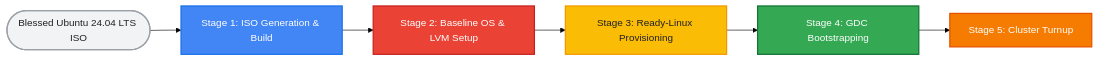
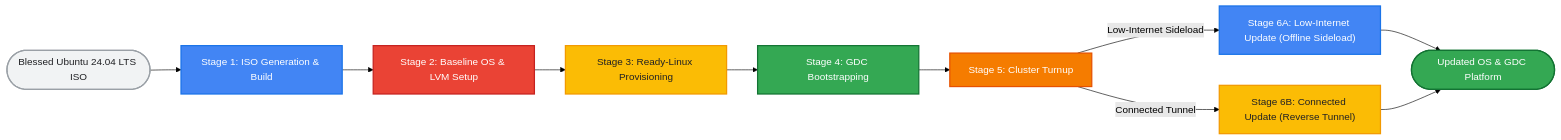
Before and after one commit to mike-ensor/gdc-disk-provisioner-gh: the diagram in README.md, drawn with Mermaid (forest theme). The commit also changed other lines of this file and 1 other file, not shown here.

Commit message:
add Stage 6 Low-Internet and Connected Update Flows to README and specs

````diff
--- a/README.md
+++ b/README.md
@@ -11,33 +11,47 @@
 ```mermaid
 flowchart LR
     %% Define Google Brand Styles
     classDef start fill:#F1F3F4,stroke:#9AA0A6,stroke-width:2px,color:#202124;
     classDef blue fill:#4285F4,stroke:#1A73E8,stroke-width:2px,color:#FFFFFF;
     classDef red fill:#EA4335,stroke:#C5221F,stroke-width:2px,color:#FFFFFF;
     classDef yellow fill:#FBBC05,stroke:#F29900,stroke-width:2px,color:#202124;
     classDef green fill:#34A853,stroke:#137333,stroke-width:2px,color:#FFFFFF;
     classDef orange fill:#F57C00,stroke:#E65100,stroke-width:2px,color:#FFFFFF;
 
     %% Nodes
     Start(["Blessed Ubuntu 24.04 LTS ISO"])
     Stage1["Stage 1: ISO Generation & Build"]
     Stage2["Stage 2: Baseline OS & LVM Setup"]
     Stage3["Stage 3: Ready-Linux Provisioning"]
     Stage4["Stage 4: GDC Bootstrapping"]
     Stage5["Stage 5: Cluster Turnup"]
+    
+    %% Stage 6: Update Lifecycle Branches
+    Stage6A["Stage 6A: Low-Internet Update (Offline Sideload)"]
+    Stage6B["Stage 6B: Connected Update (Reverse Tunnel)"]
+    UpdatedOS(["Updated OS & GDC Platform"])
 
     %% Connections
     Start --> Stage1
     Stage1 --> Stage2
     Stage2 --> Stage3
     Stage3 --> Stage4
     Stage4 --> Stage5
+    
+    %% Update Flow Branching
+    Stage5 -->|Low-Internet Sideload| Stage6A
+    Stage5 -->|Connected Tunnel| Stage6B
+    Stage6A --> UpdatedOS
+    Stage6B --> UpdatedOS
 
     %% Apply Styles
     class Start start;
     class Stage1 blue;
     class Stage2 red;
     class Stage3 yellow;
     class Stage4 green;
     class Stage5 orange;
+    class Stage6A blue;
+    class Stage6B yellow;
+    class UpdatedOS green;
 ```
````
